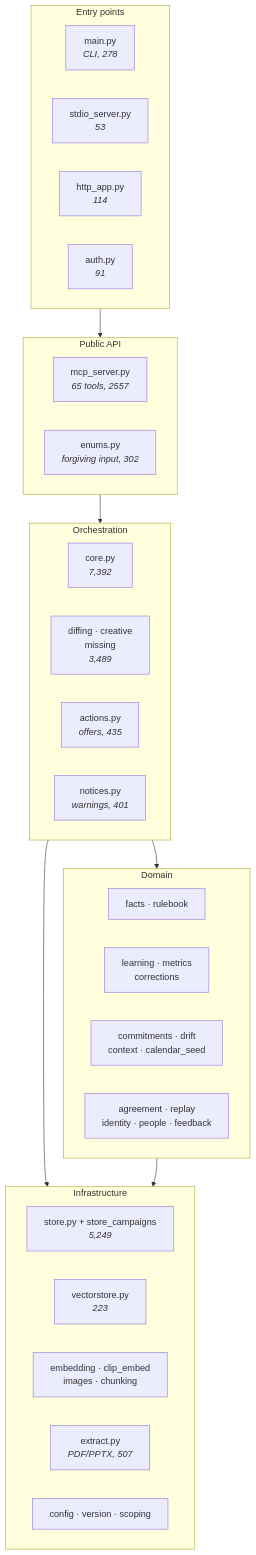
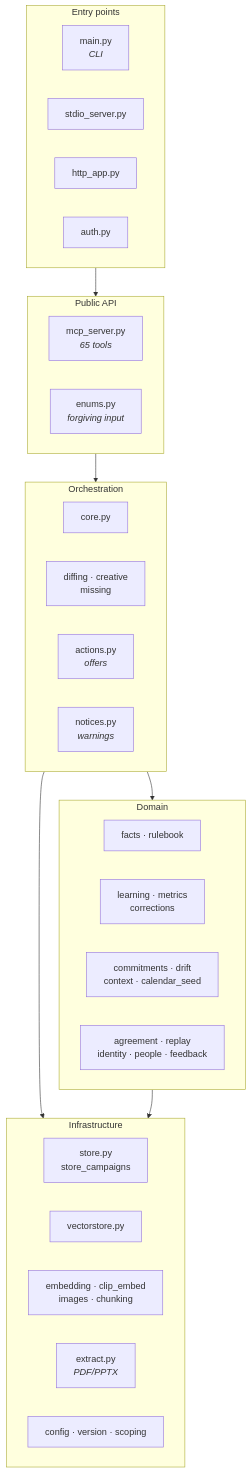
The diagram in code-walkthrough.md (nilubhatt/campaign-poc), drawn with Mermaid before and after one commit. The commit also changed other lines of this file and 1 other file, not shown here.

````diff
--- a/code-walkthrough.md
+++ b/code-walkthrough.md
@@ -15,35 +14,35 @@
 ```mermaid
 flowchart TB
     subgraph entry["Entry points"]
-        main["main.py<br/><i>CLI, 278</i>"]
-        stdio["stdio_server.py<br/><i>53</i>"]
-        http["http_app.py<br/><i>114</i>"]
-        auth["auth.py<br/><i>91</i>"]
+        main["main.py<br/><i>CLI</i>"]
+        stdio["stdio_server.py"]
+        http["http_app.py"]
+        auth["auth.py"]
     end
     subgraph api["Public API"]
-        mcp["mcp_server.py<br/><i>65 tools, 2557</i>"]
-        enums["enums.py<br/><i>forgiving input, 302</i>"]
+        mcp["mcp_server.py<br/><i>65 tools</i>"]
+        enums["enums.py<br/><i>forgiving input</i>"]
     end
     subgraph orch["Orchestration"]
-        core["core.py<br/><i>7,392</i>"]
-        split["diffing · creative<br/>missing<br/><i>3,489</i>"]
-        actions["actions.py<br/><i>offers, 435</i>"]
-        notices["notices.py<br/><i>warnings, 401</i>"]
+        core["core.py"]
+        split["diffing · creative<br/>missing"]
+        actions["actions.py<br/><i>offers</i>"]
+        notices["notices.py<br/><i>warnings</i>"]
     end
     subgraph dom["Domain"]
         facts["facts · rulebook"]
         learn["learning · metrics<br/>corrections"]
         exec["commitments · drift<br/>context · calendar_seed"]
         judge["agreement · replay<br/>identity · people · feedback"]
     end
     subgraph infra["Infrastructure"]
-        store["store.py + store_campaigns<br/><i>5,249</i>"]
-        vec["vectorstore.py<br/><i>223</i>"]
+        store["store.py<br/>store_campaigns"]
+        vec["vectorstore.py"]
         emb["embedding · clip_embed<br/>images · chunking"]
-        ext["extract.py<br/><i>PDF/PPTX, 507</i>"]
+        ext["extract.py<br/><i>PDF/PPTX</i>"]
         cfg["config · version · scoping"]
     end
     entry --> api --> orch --> dom
     orch --> infra
     dom --> infra
 ```
````
